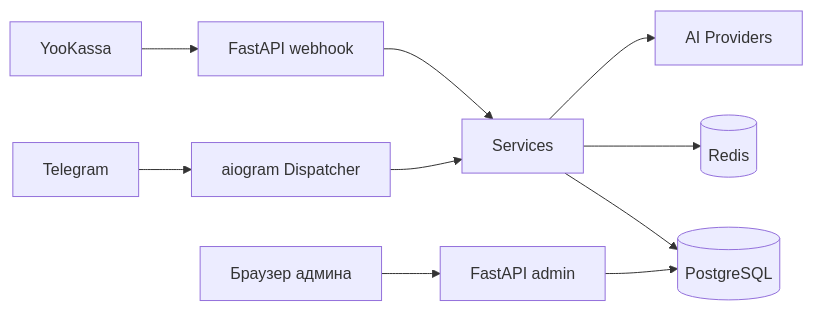
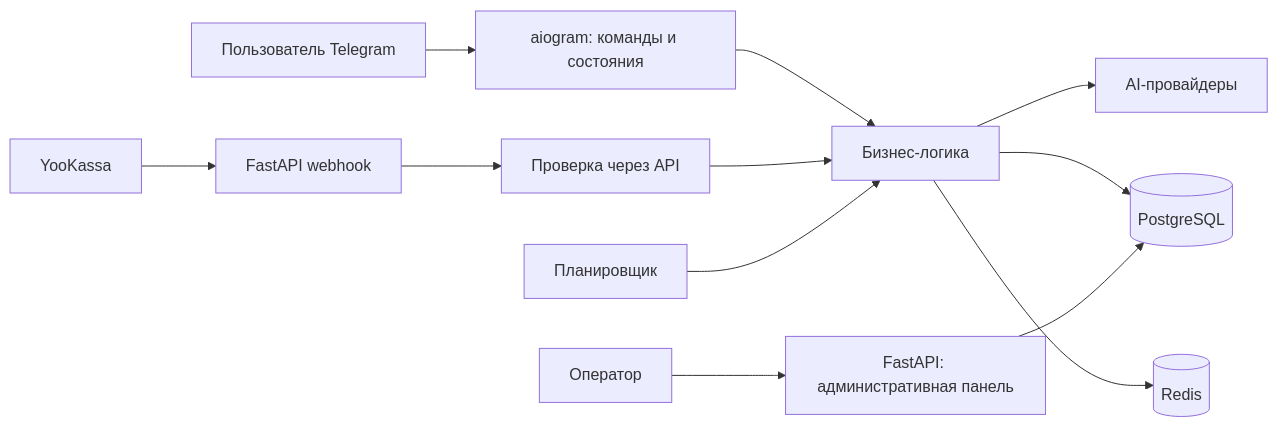
The diagram in README.md (zatercivil-stack/aichat-bot), drawn with Mermaid before and after one commit. The commit also changed other lines of this file and 43 other files, not shown here.

````diff
--- a/README.md
+++ b/README.md
@@ -28,12 +44,14 @@
 ```mermaid
 flowchart LR
-  TG[Telegram] --> Bot[aiogram Dispatcher]
-  Bot --> Svc[Services]
-  Svc --> DB[(PostgreSQL)]
-  Svc --> Redis[(Redis)]
-  Svc --> AI[AI Providers]
-  YK[YooKassa] --> WH[FastAPI webhook]
-  WH --> Svc
-  Admin[Браузер админа] --> AD[FastAPI admin]
-  AD --> DB
+    User[Пользователь Telegram] --> Bot[aiogram: команды и состояния]
+    Bot --> Services[Бизнес-логика]
+    Services --> AI[AI-провайдеры]
+    Services --> DB[(PostgreSQL)]
+    Services --> Redis[(Redis)]
+    YooKassa[YooKassa] --> Webhook[FastAPI webhook]
+    Webhook --> Verify[Проверка через API]
+    Verify --> Services
+    Scheduler[Планировщик] --> Services
+    Operator[Оператор] --> Admin[FastAPI: административная панель]
+    Admin --> DB
 ```
````
